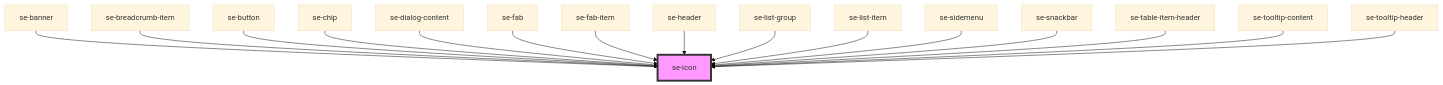
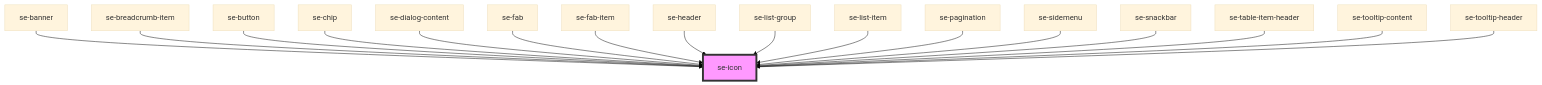
Before and after one commit to robbiemcmullense/se-web-ui: the diagram in libs/core/src/components/icon/readme.md, drawn with Mermaid (base theme). The commit also changed other lines of this file and 9 other files, not shown here.

````diff
--- a/libs/core/src/components/icon/readme.md
+++ b/libs/core/src/components/icon/readme.md
@@ -41,19 +42,20 @@
 ```mermaid
 graph TD;
   se-banner --> se-icon
   se-breadcrumb-item --> se-icon
   se-button --> se-icon
   se-chip --> se-icon
   se-dialog-content --> se-icon
   se-fab --> se-icon
   se-fab-item --> se-icon
   se-header --> se-icon
   se-list-group --> se-icon
   se-list-item --> se-icon
+  se-pagination --> se-icon
   se-sidemenu --> se-icon
   se-snackbar --> se-icon
   se-table-item-header --> se-icon
   se-tooltip-content --> se-icon
   se-tooltip-header --> se-icon
   style se-icon fill:#f9f,stroke:#333,stroke-width:4px
 ```
````
